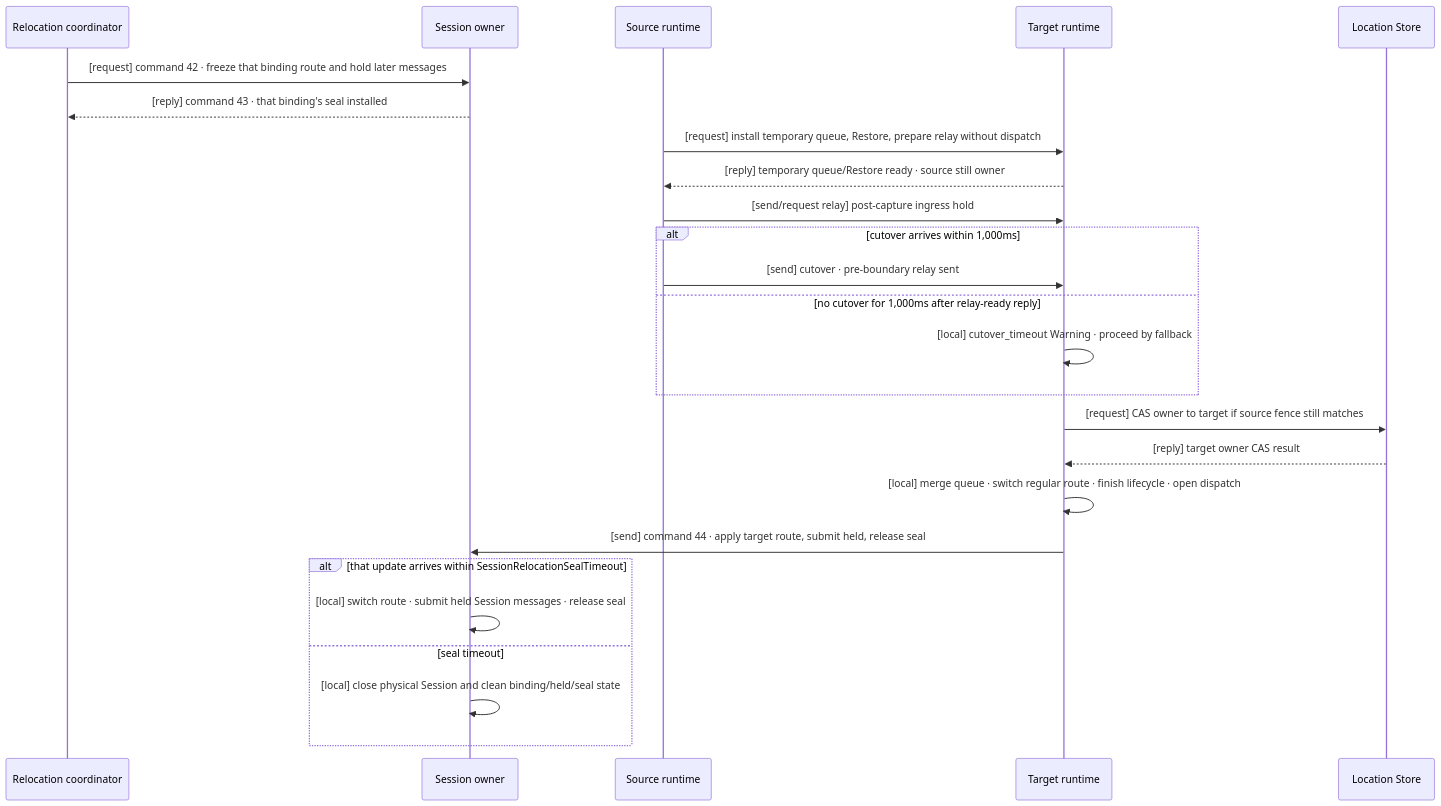
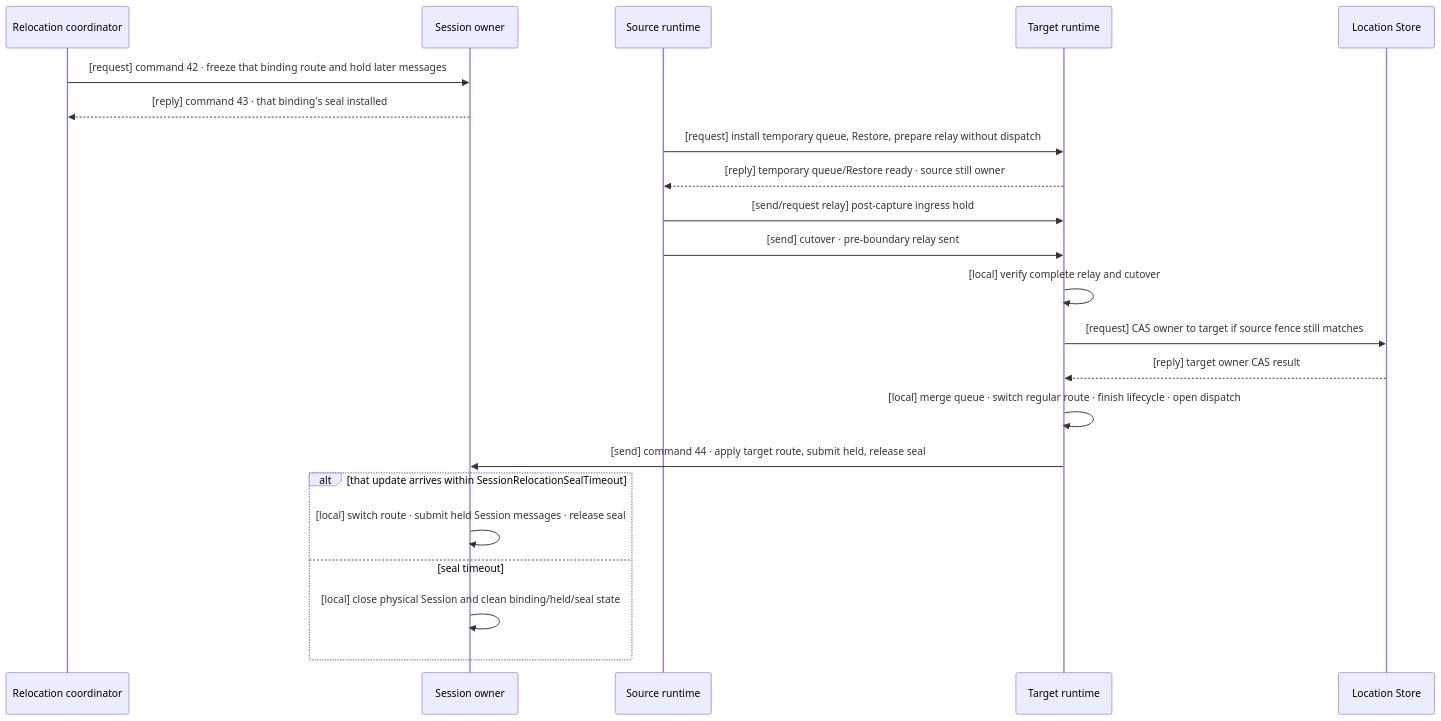
One commit to zlink-systems/zlink changed the fourth of 4 diagrams in framework/doc/framework/common/spec/server/04-session/02-session-actor-binding.en.md. Above: the diagram before and after it, drawn with Mermaid. The commit also changed other lines of this file and 73 other files, not shown here.

````diff
--- a/framework/doc/framework/common/spec/server/04-session/02-session-actor-binding.en.md
+++ b/framework/doc/framework/common/spec/server/04-session/02-session-actor-binding.en.md
@@ -604,28 +602,25 @@
 ```mermaid
 sequenceDiagram
     participant C as Relocation coordinator
     participant S as Session owner
     participant A as Source runtime
     participant B as Target runtime
     participant L as Location Store
 
     C->>S: [request] command 42 · freeze that binding route and hold later messages
     S-->>C: [reply] command 43 · that binding's seal installed
     A->>B: [request] install temporary queue, Restore, prepare relay without dispatch
     B-->>A: [reply] temporary queue/Restore ready · source still owner
     A->>B: [send/request relay] post-capture ingress hold
-    alt cutover arrives within 1,000ms
-        A->>B: [send] cutover · pre-boundary relay sent
-    else no cutover for 1,000ms after relay-ready reply
-        B->>B: [local] cutover_timeout Warning · proceed by fallback
-    end
+    A->>B: [send] cutover · pre-boundary relay sent
+    B->>B: [local] verify complete relay and cutover
     B->>L: [request] CAS owner to target if source fence still matches
     L-->>B: [reply] target owner CAS result
     B->>B: [local] merge queue · switch regular route · finish lifecycle · open dispatch
     B->>S: [send] command 44 · apply target route, submit held, release seal
     alt that update arrives within SessionRelocationSealTimeout
         S->>S: [local] switch route · submit held Session messages · release seal
     else seal timeout
         S->>S: [local] close physical Session and clean binding/held/seal state
     end
 ```
````
